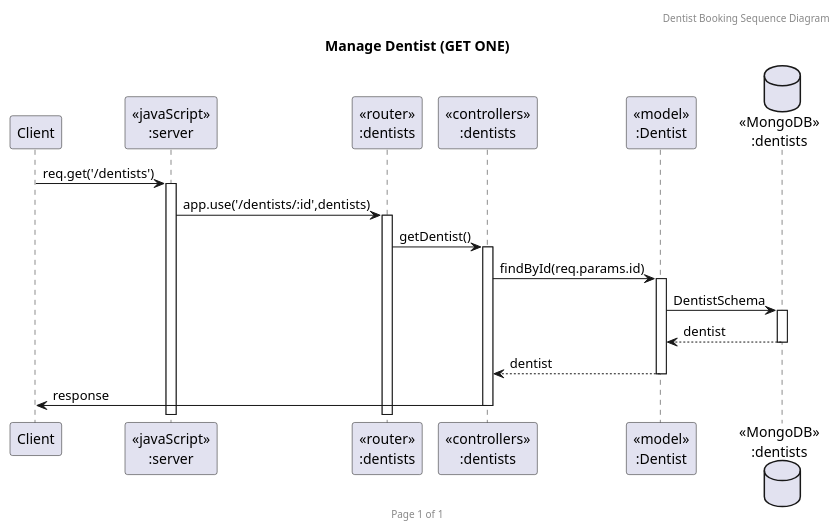
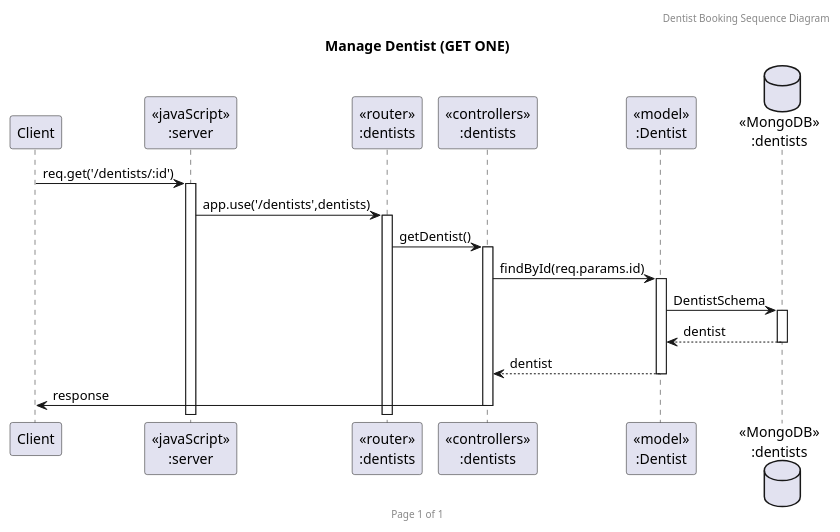
The diagram in doc/sequence_diagram/GetDentist.puml (KoalaMuch/DentistBooking), drawn with PlantUML before and after one commit. The commit also changed 7 other files, not shown here.

Commit message:
add appointment seq diagram

```diff
--- a/doc/sequence_diagram/GetDentist.puml
+++ b/doc/sequence_diagram/GetDentist.puml
@@ -1,23 +1,23 @@
 @startuml Manage Dentist (GET ONE)
 
 header Dentist Booking Sequence Diagram
 footer Page %page% of %lastpage%
 title "Manage Dentist (GET ONE)"
 
 participant "Client" as client
 participant "<<javaScript>>\n:server" as server
 participant "<<router>>\n:dentists" as routerDentists
 participant "<<controllers>>\n:dentists" as controllersDentists
 participant "<<model>>\n:Dentist" as modelDentist
 database "<<MongoDB>>\n:dentists" as DentistsDatabase
 
-client->server ++:req.get('/dentists')
-server->routerDentists ++:app.use('/dentists/:id',dentists)
+client->server ++:req.get('/dentists/:id')
+server->routerDentists ++:app.use('/dentists',dentists)
 routerDentists -> controllersDentists ++:getDentist()
 controllersDentists->modelDentist ++:findById(req.params.id)
 modelDentist ->DentistsDatabase ++: DentistSchema
 DentistsDatabase --> modelDentist --: dentist
 controllersDentists <-- modelDentist --:dentist
 controllersDentists->client --:response
 
 @enduml
```
